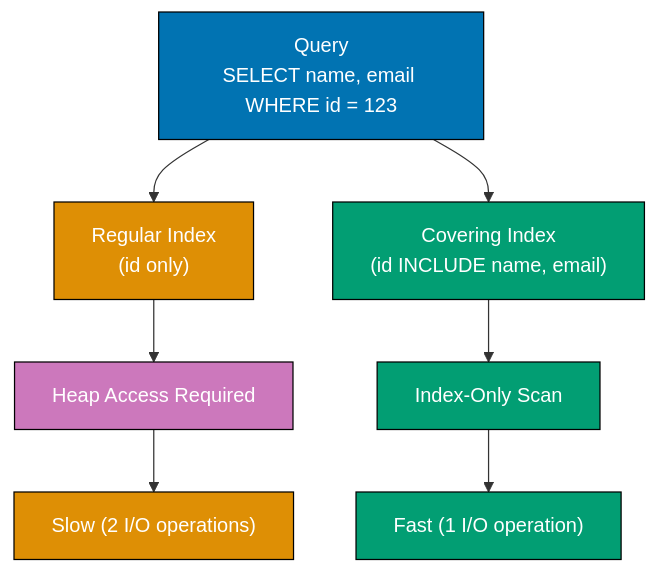
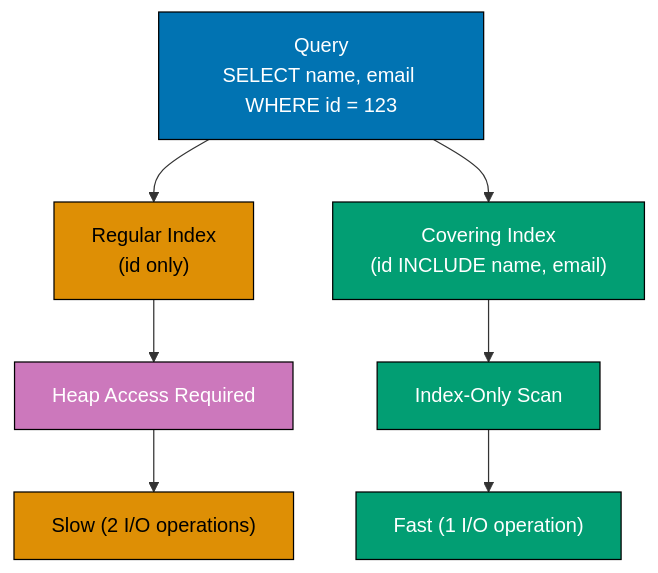
One commit to wahidyankf/open-sharia-enterprise changed the fourth of 10 diagrams in apps/ayokoding-web/content/en/learn/software-engineering/data/databases/postgresql/by-example/advanced.md. Above: the diagram before and after it, drawn with Mermaid. The commit also changed other lines of this file and 157 other files, not shown here.

````diff
--- a/apps/ayokoding-web/content/en/learn/software-engineering/data/databases/postgresql/by-example/advanced.md
+++ b/apps/ayokoding-web/content/en/learn/software-engineering/data/databases/postgresql/by-example/advanced.md
@@ -510,26 +518,26 @@
 ```mermaid
 %% Color Palette: Blue #0173B2, Orange #DE8F05, Teal #029E73, Purple #CC78BC, Brown #CA9161
 graph TD
     A["Query<br/>SELECT name, email WHERE id = 123"]
     B["Regular Index<br/>(id only)"]
     C["Covering Index<br/>(id INCLUDE name, email)"]
     D["Heap Access Required"]
     E["Index-Only Scan"]
     F["Slow (2 I/O operations)"]
     G["Fast (1 I/O operation)"]
 
     A --> B
     A --> C
     B --> D
     C --> E
     D --> F
     E --> G
 
     style A fill:#0173B2,stroke:#000,color:#fff
-    style B fill:#DE8F05,stroke:#000,color:#fff
+    style B fill:#DE8F05,stroke:#000,color:#000
     style C fill:#029E73,stroke:#000,color:#fff
     style D fill:#CC78BC,stroke:#000,color:#fff
     style E fill:#029E73,stroke:#000,color:#fff
-    style F fill:#DE8F05,stroke:#000,color:#fff
+    style F fill:#DE8F05,stroke:#000,color:#000
     style G fill:#029E73,stroke:#000,color:#fff
 ```
````
